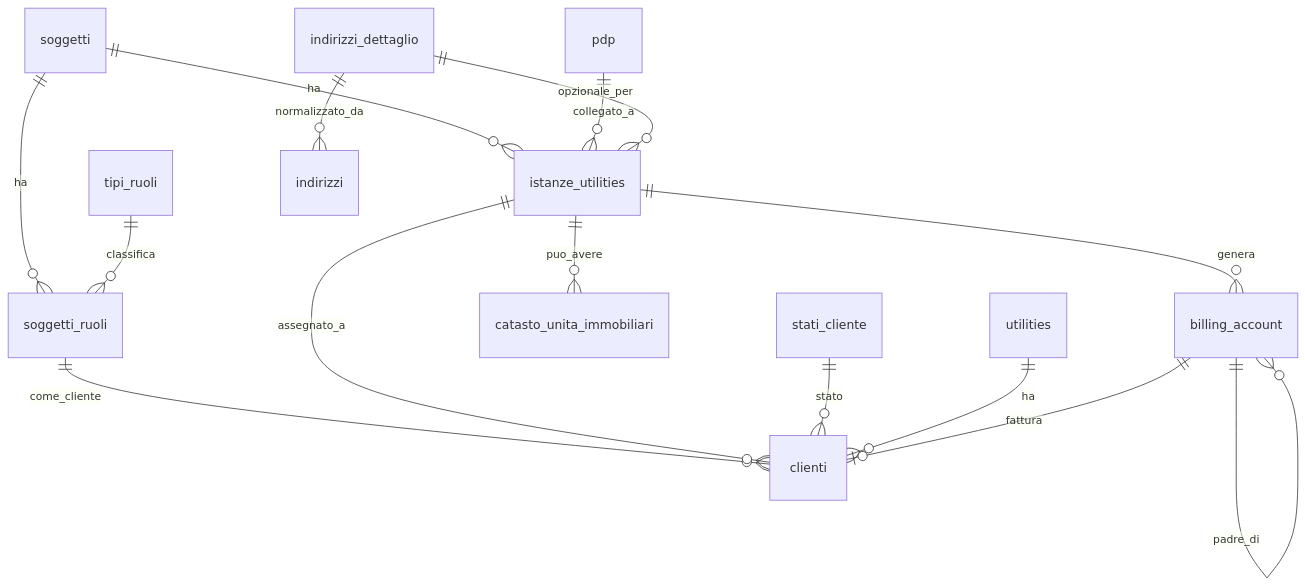
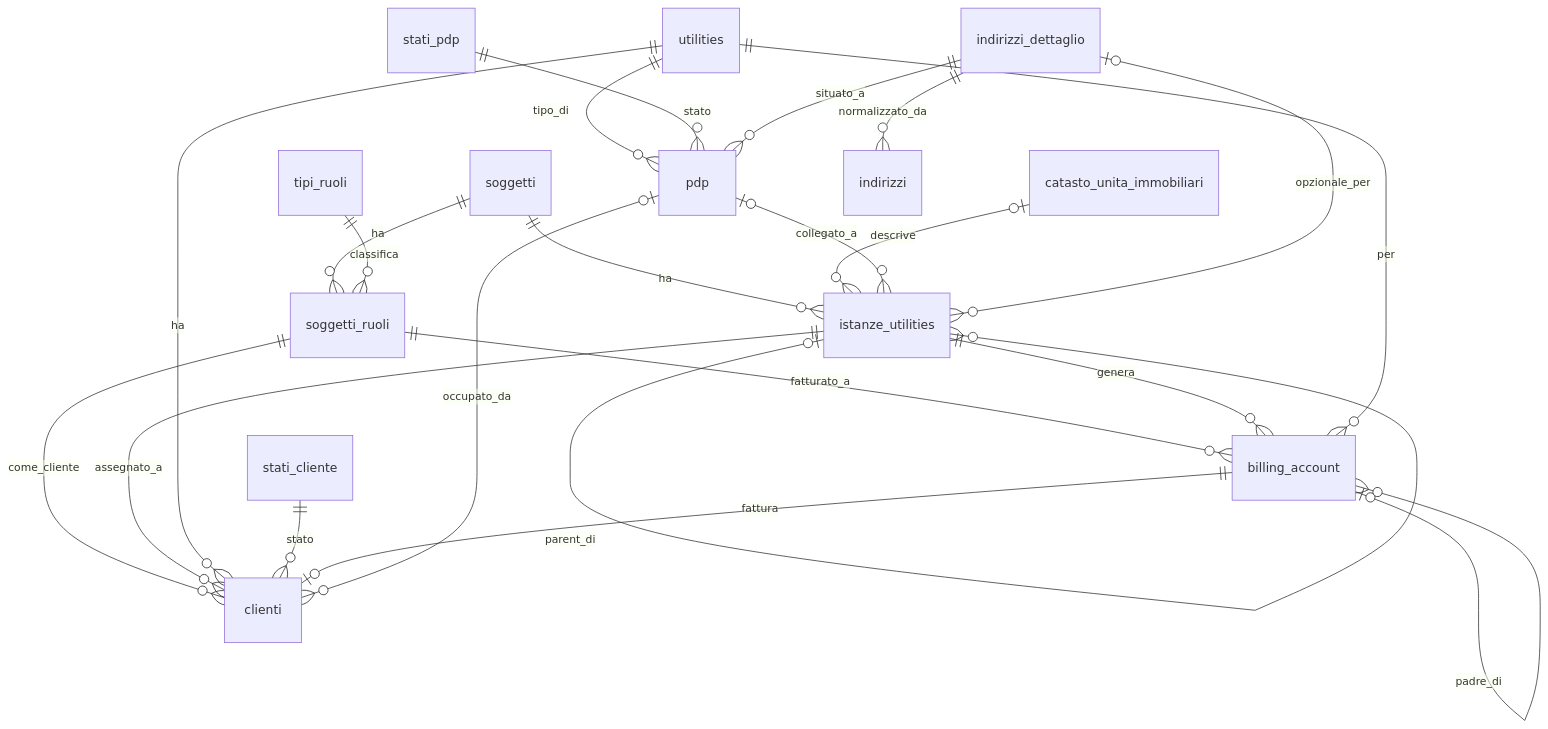
Before and after one commit to Tito-it/ZeroErp: the diagram in docs/it/guide/generazione-cliente.md, drawn with Mermaid. The commit also changed other lines of this file and 76 other files, not shown here.

`````diff
--- a/docs/it/guide/generazione-cliente.md
+++ b/docs/it/guide/generazione-cliente.md
@@ -512,28 +599,35 @@
 ````mermaid
 %%{init: {'er': {'layoutDirection': 'TB'}}}%%
 erDiagram
 
 %% Relazioni principali per la generazione di un cliente
 
-    soggetti               ||--o{ soggetti_ruoli            : ha
-    tipi_ruoli             ||--o{ soggetti_ruoli            : classifica
+    soggetti                  ||--o{ soggetti_ruoli    : ha
+    tipi_ruoli                ||--o{ soggetti_ruoli    : classifica
 
-    soggetti_ruoli         ||--o{ clienti                   : come_cliente
+    soggetti_ruoli            ||--o{ billing_account   : fatturato_a
+    soggetti_ruoli            ||--o{ clienti           : come_cliente
 
-    soggetti               ||--o{ istanze_utilities         : ha
+    soggetti                  ||--o{ istanze_utilities : ha
 
-    istanze_utilities      ||--o{ clienti                   : assegnato_a
-    istanze_utilities      ||--o{ billing_account           : genera
-    istanze_utilities      ||--o{ catasto_unita_immobiliari : puo_avere
+    istanze_utilities         ||--o{ billing_account   : genera
+    istanze_utilities         ||--o{ clienti           : assegnato_a
+    istanze_utilities         |o--o{ istanze_utilities : parent_di
+    catasto_unita_immobiliari |o--o{ istanze_utilities : descrive
 
-    stati_cliente          ||--o{ clienti                   : stato
-    utilities              ||--o{ clienti                   : ha
+    utilities                 ||--o{ billing_account   : per
+    utilities                 ||--o{ clienti           : ha
+    utilities                 ||--o{ pdp               : tipo_di
+    stati_cliente             ||--o{ clienti           : stato
+    stati_pdp                 ||--o{ pdp               : stato
 
-    billing_account        ||--o| clienti                   : fattura
-    billing_account        ||--o{ billing_account           : padre_di
+    billing_account           ||--o| clienti           : fattura
+    billing_account           |o--o{ billing_account   : padre_di
 
-    pdp                    ||--o{ istanze_utilities         : collegato_a
+    pdp                       |o--o{ istanze_utilities : collegato_a
+    pdp                       |o--o{ clienti           : occupato_da
 
-    indirizzi_dettaglio    ||--o{ istanze_utilities         : opzionale_per
-    indirizzi_dettaglio    ||--o{ indirizzi                 : normalizzato_da
+    indirizzi_dettaglio       |o--o{ istanze_utilities : opzionale_per
+    indirizzi_dettaglio       ||--o{ pdp               : situato_a
+    indirizzi_dettaglio       ||--o{ indirizzi         : normalizzato_da
 ````
`````
